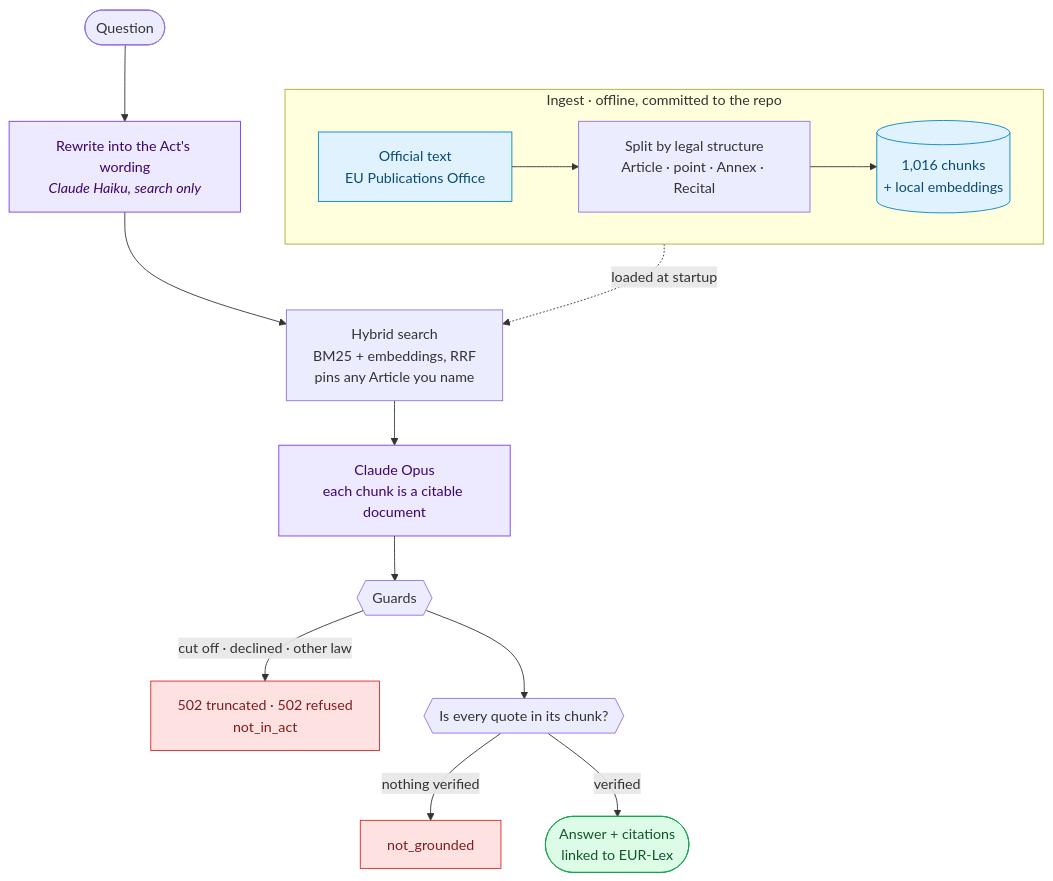
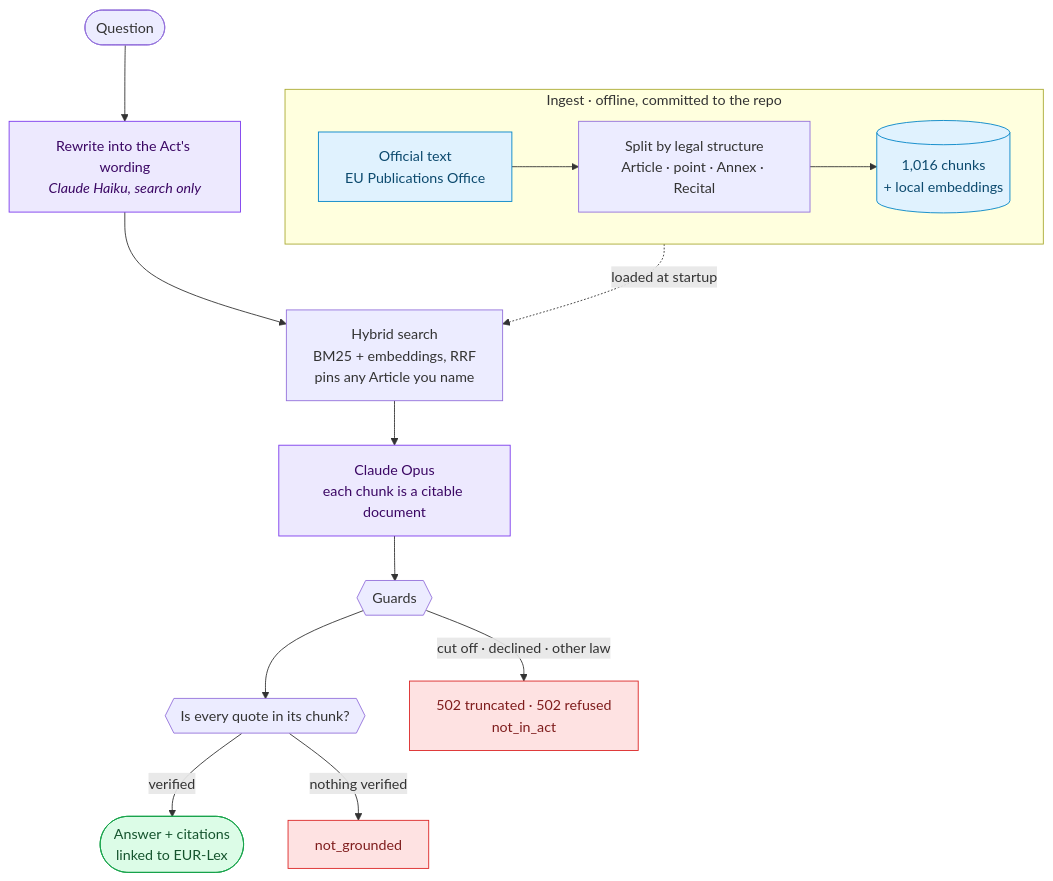
One commit to Finjineersdev/eu-ai-act-rag changed the diagram in README.md. Above: the diagram before and after it, drawn with Mermaid. The commit also changed other lines of this file, not shown here.

Commit message:
docs: keep the answer path on the main line of the diagram

````diff
--- a/README.md
+++ b/README.md
@@ -30,22 +30,22 @@
 ```mermaid
 flowchart TB
     subgraph ingest["Ingest · offline, committed to the repo"]
         direction LR
         A["Official text<br/>EU Publications Office"]:::data --> B["Split by legal structure<br/>Article · point · Annex · Recital"] --> C[("1,016 chunks<br/>+ local embeddings")]:::data
     end
 
     Q(["Question"]) --> W["Rewrite into the Act's wording<br/><i>Claude Haiku, search only</i>"]:::llm
     W --> R["Hybrid search<br/>BM25 + embeddings, RRF<br/>pins any Article you name"]
     ingest -. loaded at startup .-> R
     R --> L["Claude Opus<br/>each chunk is a citable document"]:::llm
     L --> G{{"Guards"}}
+    G --> V{{"Is every quote in its chunk?"}}
     G -- "cut off · declined · other law" --> S["502 truncated · 502 refused<br/>not_in_act"]:::stop
-    G --> V{{"Is every quote in its chunk?"}}
+    V -- "verified" --> OK(["Answer + citations<br/>linked to EUR-Lex"]):::ok
     V -- "nothing verified" --> N["not_grounded"]:::stop
-    V -- "verified" --> OK(["Answer + citations<br/>linked to EUR-Lex"]):::ok
 
     classDef data fill:#e0f2fe,stroke:#0284c7,color:#0c4a6e
     classDef llm fill:#ede9fe,stroke:#7c3aed,color:#3b0764
     classDef ok fill:#dcfce7,stroke:#16a34a,color:#14532d
     classDef stop fill:#fee2e2,stroke:#dc2626,color:#7f1d1d
 ```
````
